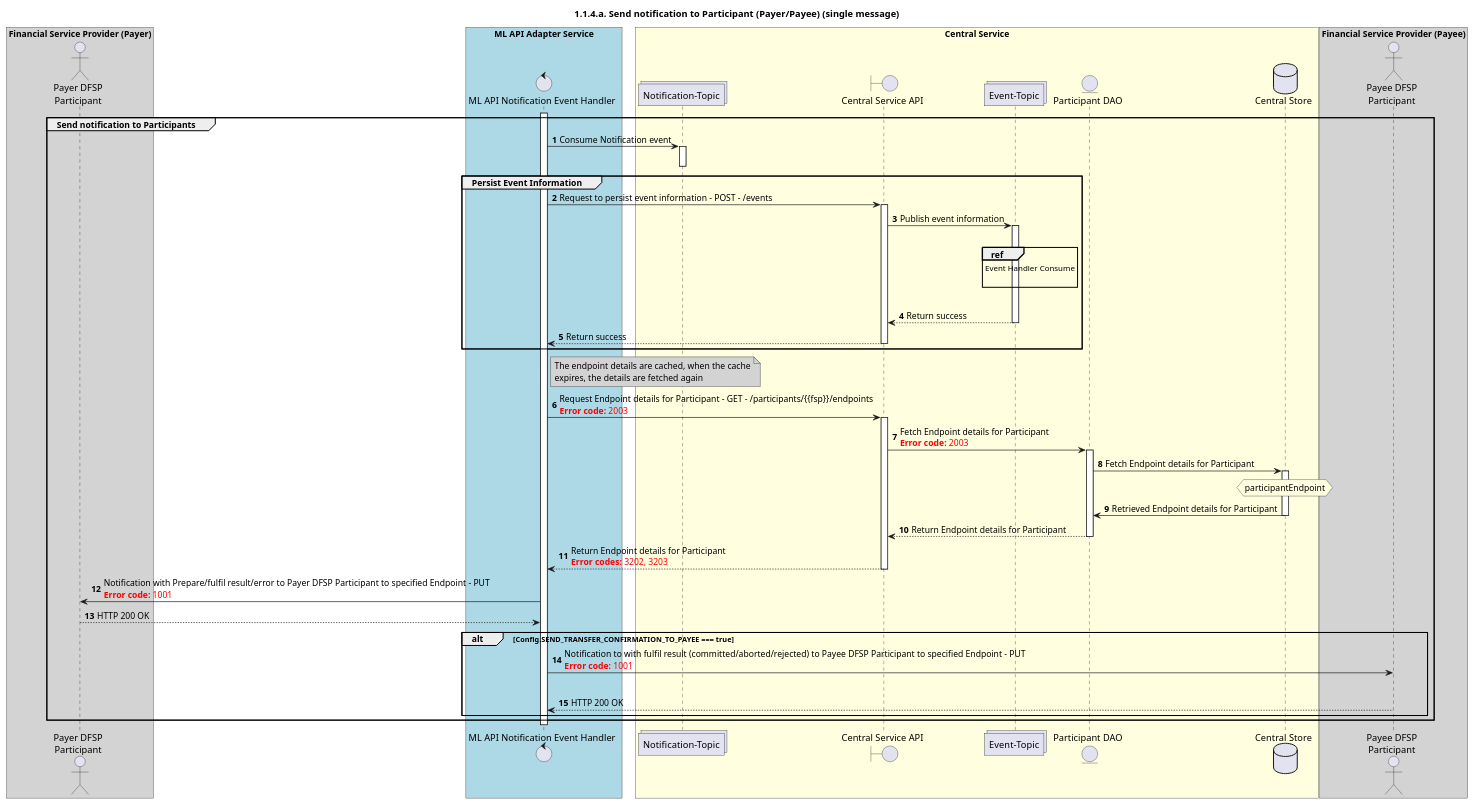
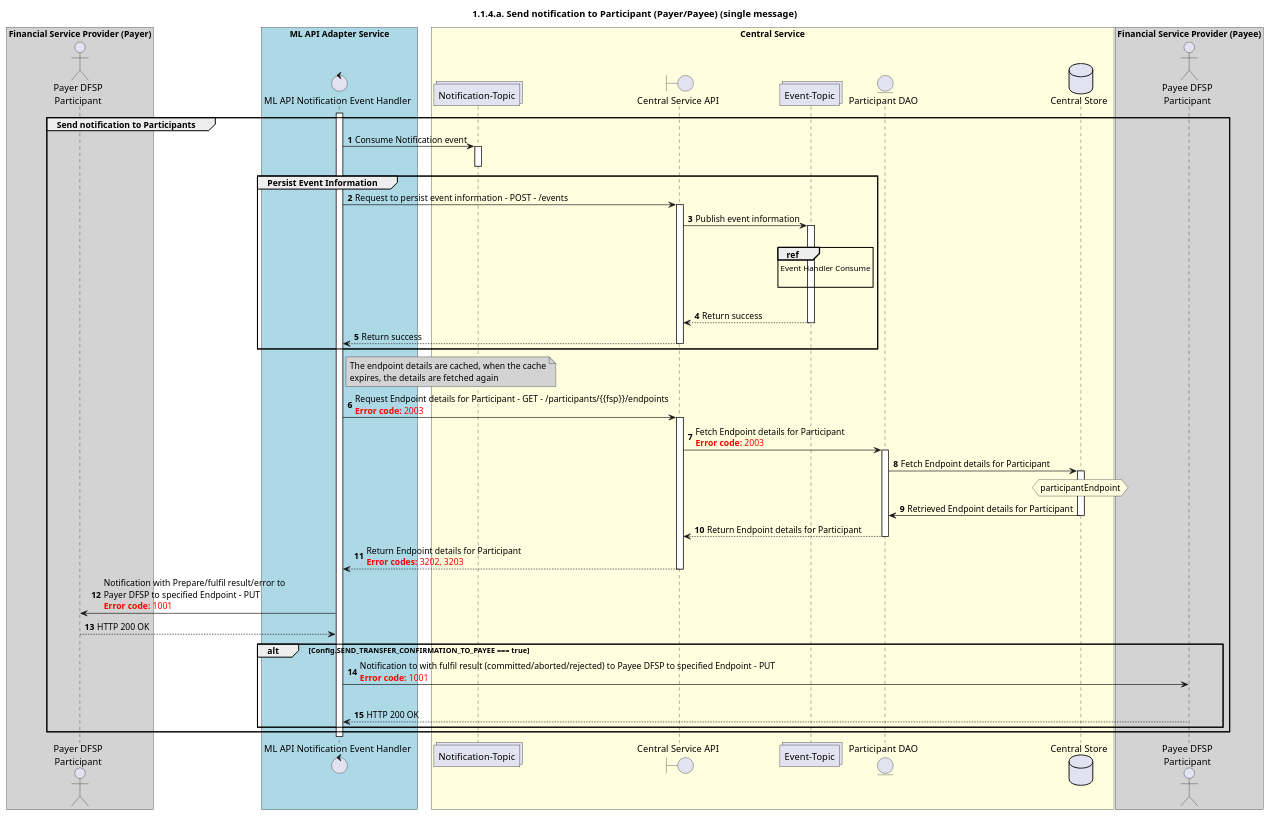
One commit to mojaloop/documentation changed the diagram in mojaloop-technical-overview/central-ledger/assets/diagrams/sequence/seq-prepare-1.1.4.a.plantuml. Above: the diagram before and after it, drawn with PlantUML. The commit also changed 1 other file, not shown here.

Commit message:
Break long line in diagram to two lines. Update version to 8.1.0

```diff
--- a/mojaloop-technical-overview/central-ledger/assets/diagrams/sequence/seq-prepare-1.1.4.a.plantuml
+++ b/mojaloop-technical-overview/central-ledger/assets/diagrams/sequence/seq-prepare-1.1.4.a.plantuml
@@ -27,94 +27,94 @@
 @startuml
 ' declate title
 title 1.1.4.a. Send notification to Participant (Payer/Payee) (single message)
 
 autonumber
 
 ' Actor Keys:
 '   actor - Payer DFSP, Payee DFSP
 '   boundary - APIs/Interfaces, etc
 '   collections - Kafka Topics
 '   control - Kafka Consumers
 '   entity - Database Access Objects
 '   database - Database Persistance Store
 
 ' declare actors
 actor "Payer DFSP\nParticipant" as PAYER_DFSP
 actor "Payee DFSP\nParticipant" as PAYEE_DFSP
 control "ML API Notification Event Handler" as NOTIFY_HANDLER
 boundary "Central Service API" as CSAPI
 collections "Notification-Topic" as TOPIC_NOTIFICATIONS
 collections "Event-Topic" as TOPIC_EVENTS
 entity "Participant DAO" as PARTICIPANT_DAO
 database "Central Store" as DB
 
 box "Financial Service Provider (Payer)" #lightGray
 	participant PAYER_DFSP
 end box
 
 box "ML API Adapter Service" #LightBlue
 	participant NOTIFY_HANDLER
 end box
 
 box "Central Service" #LightYellow
     participant TOPIC_NOTIFICATIONS
     participant CSAPI
     participant TOPIC_EVENTS
     participant PARTICIPANT_DAO
     participant DB
 end box
 
 box "Financial Service Provider (Payee)" #lightGray
 	participant PAYEE_DFSP
 end box
 
 ' start flow
 activate NOTIFY_HANDLER
 group Send notification to Participants
     TOPIC_NOTIFICATIONS <- NOTIFY_HANDLER: Consume Notification event
     activate TOPIC_NOTIFICATIONS
     deactivate TOPIC_NOTIFICATIONS
 
     group Persist Event Information
         NOTIFY_HANDLER -> CSAPI: Request to persist event information - POST - /events
         activate CSAPI
         CSAPI -> TOPIC_EVENTS: Publish event information
         activate TOPIC_EVENTS
         |||
         ref over TOPIC_EVENTS :  Event Handler Consume\n
         |||
         TOPIC_EVENTS --> CSAPI: Return success
         deactivate TOPIC_EVENTS
         CSAPI --> NOTIFY_HANDLER: Return success
         deactivate CSAPI
     end
     note right of NOTIFY_HANDLER #lightgray
         The endpoint details are cached, when the cache
         expires, the details are fetched again
     end note
     NOTIFY_HANDLER -> CSAPI: Request Endpoint details for Participant - GET - /participants/{{fsp}}/endpoints\n<color #FF0000><b>Error code:</b> 2003</color>
 
     activate CSAPI
     CSAPI -> PARTICIPANT_DAO: Fetch Endpoint details for Participant\n<color #FF0000><b>Error code:</b> 2003</color>
     activate PARTICIPANT_DAO
     PARTICIPANT_DAO -> DB: Fetch Endpoint details for Participant
     activate DB
     hnote over DB #lightyellow
         participantEndpoint
     end note
     DB -> PARTICIPANT_DAO: Retrieved Endpoint details for Participant
     deactivate DB
     PARTICIPANT_DAO --> CSAPI: Return Endpoint details for Participant
     deactivate PARTICIPANT_DAO
     CSAPI --> NOTIFY_HANDLER: Return Endpoint details for Participant\n<color #FF0000><b>Error codes:</b> 3202, 3203</color>
     deactivate CSAPI
-    NOTIFY_HANDLER -> PAYER_DFSP: Notification with Prepare/fulfil result/error to Payer DFSP Participant to specified Endpoint - PUT \n<color #FF0000><b>Error code:</b> 1001</color>
+    NOTIFY_HANDLER -> PAYER_DFSP: Notification with Prepare/fulfil result/error to \nPayer DFSP to specified Endpoint - PUT \n<color #FF0000><b>Error code:</b> 1001</color>
     NOTIFY_HANDLER <-- PAYER_DFSP: HTTP 200 OK 
     alt Config.SEND_TRANSFER_CONFIRMATION_TO_PAYEE === true
-        NOTIFY_HANDLER -> PAYEE_DFSP: Notification to with fulfil result (committed/aborted/rejected) to Payee DFSP Participant to specified Endpoint - PUT \n<color #FF0000><b>Error code:</b> 1001</color>
+        NOTIFY_HANDLER -> PAYEE_DFSP: Notification to with fulfil result (committed/aborted/rejected) to Payee DFSP to specified Endpoint - PUT \n<color #FF0000><b>Error code:</b> 1001</color>
         |||
         NOTIFY_HANDLER <-- PAYEE_DFSP: HTTP 200 OK 
     end
 end
 deactivate NOTIFY_HANDLER
 @enduml
```
